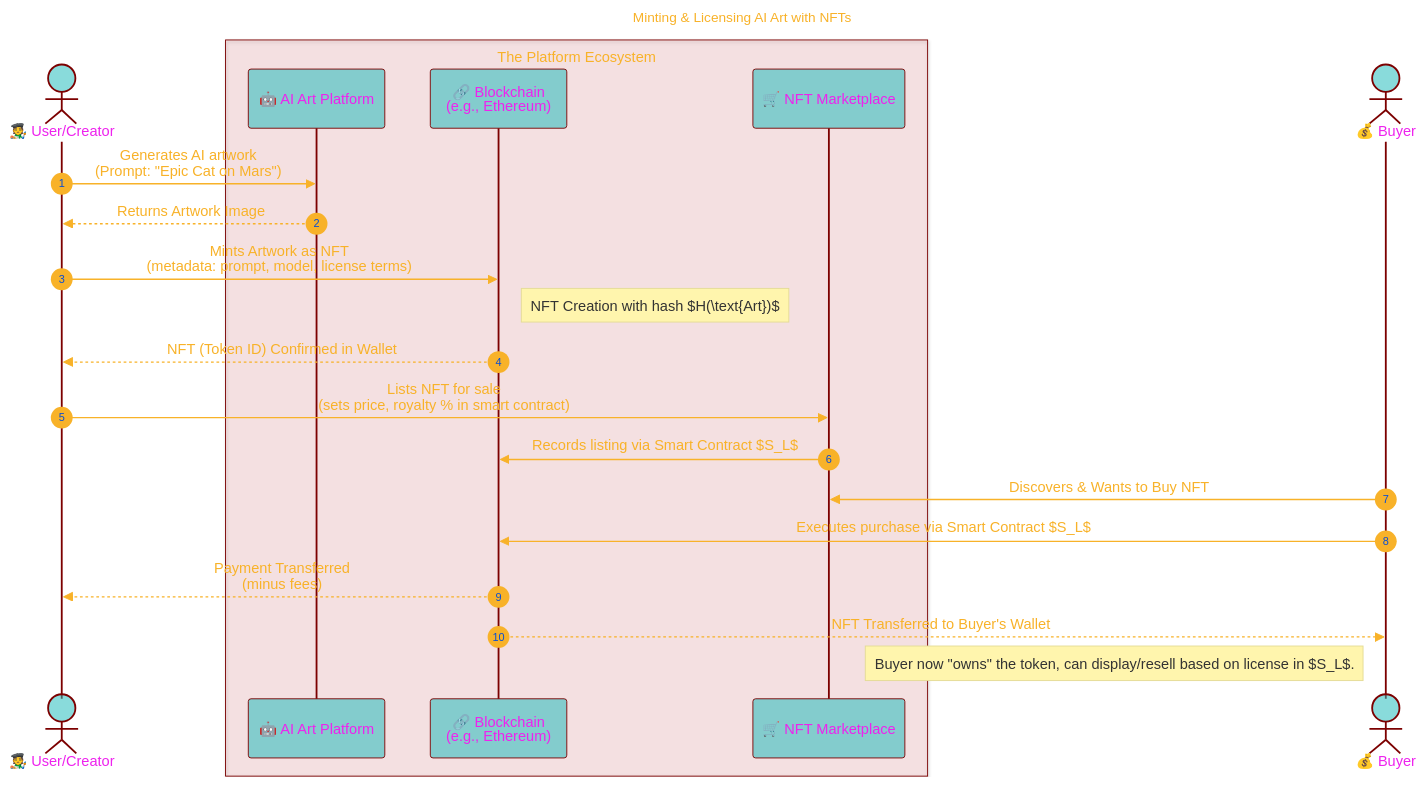
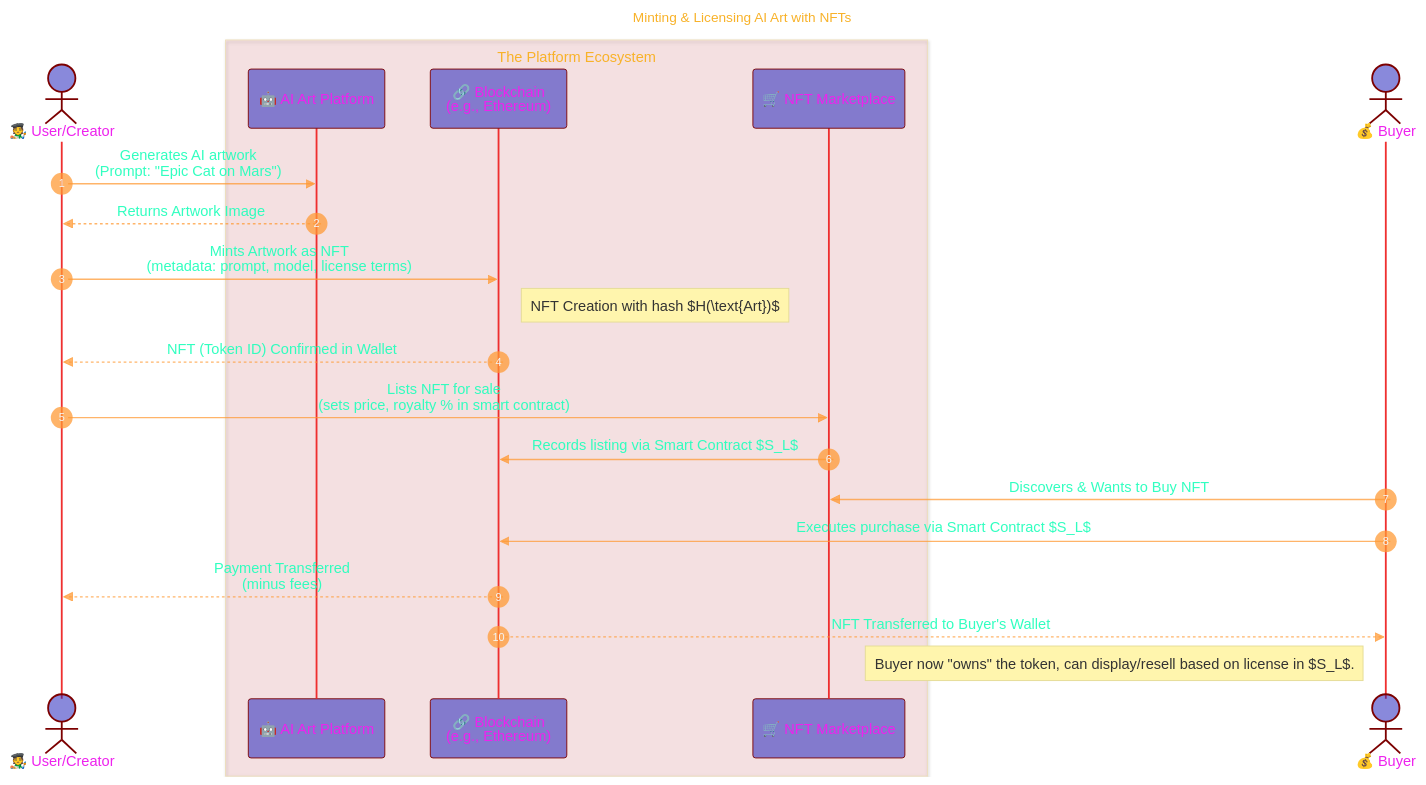
The sixth of 7 diagrams in THE_PAST/PART-4_Consolidated_info.md (CongLeSolutionX/Digital-Bedrock-Landscape), drawn with Mermaid before and after one commit.

Commit message:
update notes

````diff
--- a/THE_PAST/PART-4_Consolidated_info.md
+++ b/THE_PAST/PART-4_Consolidated_info.md
@@ -408,54 +408,56 @@
 ```mermaid
 ---
 title: "Minting & Licensing AI Art with NFTs"
 author: "Cong Le"
 version: "0.1"
 license(s): "MIT, CC BY 4.0"
 copyright: "Copyright (c) 2025 Cong Le. All Rights Reserved."
 config:
   layout: elk
   theme: base
 ---
 %%%%%%%% Mermaid version v11.4.1-b.14
 %%{
   init: {
     'sequence': { 'mirrorActors': true, 'showSequenceNumbers': true, 'actorMargin': 50 },
     'fontFamily': 'Monaco',
     'themeVariables': {
-      'primaryColor': '#2BB8',
-      'primaryBorderColor': '#7C0000',
-      'lineColor': '#F8B229',
+      'textColor': '#F8B229',
+      'actorBkg': '#22B8',
+      'actorBorder': '#7C0000',
       'secondaryColor': '#6122',
       'tertiaryColor': '#fff',
       'fontSize': '15px',
-      'textColor': '#F8B229',
       'actorTextColor': '#E2E',
-      'stroke':'#033',
-      'stroke-width': '0.2px'
+      'actorLineColor': '#E22E',
+      'signalColor': '#F93B',
+      'signalTextColor': '#2FBE'
     }
   }
 }%%
 sequenceDiagram
     actor User as 🧑‍🎨 User/Creator
-	box rgb(202, 12, 22, 0.1) The Platform Ecosystem
+	  
+    box rgb(202, 12, 22, 0.1) The Platform Ecosystem
     	participant AIP_Platform as 🤖 AI Art Platform
     	participant Blockchain as 🔗 Blockchain <br/>(e.g., Ethereum)
     	participant Marketplace as 🛒 NFT Marketplace
-	end
+	  end
+    
     actor Buyer as 💰 Buyer
 
     User->>AIP_Platform: Generates AI artwork <br/>(Prompt: "Epic Cat on Mars")
     AIP_Platform-->>User: Returns Artwork Image
     User->>Blockchain: Mints Artwork as NFT <br/>(metadata: prompt, model, license terms)
     Note right of Blockchain: NFT Creation with hash $H(\text{Art})$
     Blockchain-->>User: NFT (Token ID) Confirmed in Wallet
 
     User->>Marketplace: Lists NFT for sale <br/>(sets price, royalty % in smart contract)
     Marketplace->>Blockchain: Records listing via Smart Contract $S_L$
 
     Buyer->>Marketplace: Discovers & Wants to Buy NFT
     Buyer->>Blockchain: Executes purchase via Smart Contract $S_L$
     Blockchain-->>User: Payment Transferred <br/>(minus fees)
     Blockchain-->>Buyer: NFT Transferred to Buyer's Wallet
     Note left of Buyer: Buyer now "owns" the token, can display/resell based on license in $S_L$.
 ```
````
